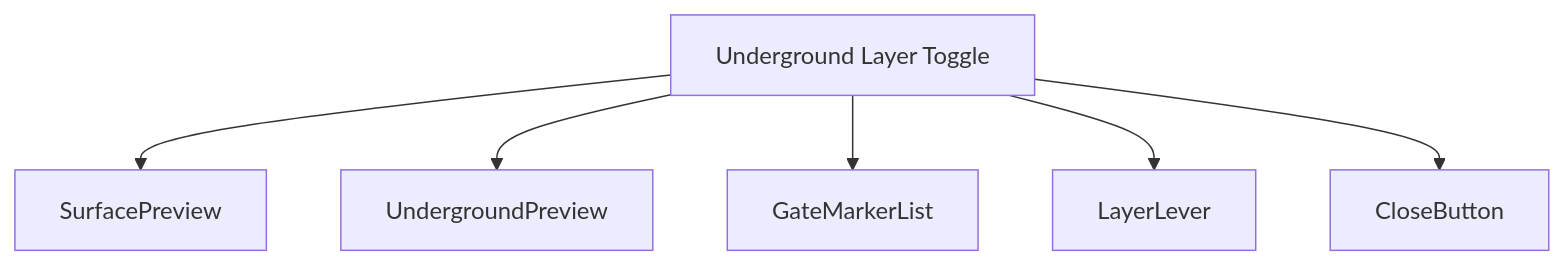
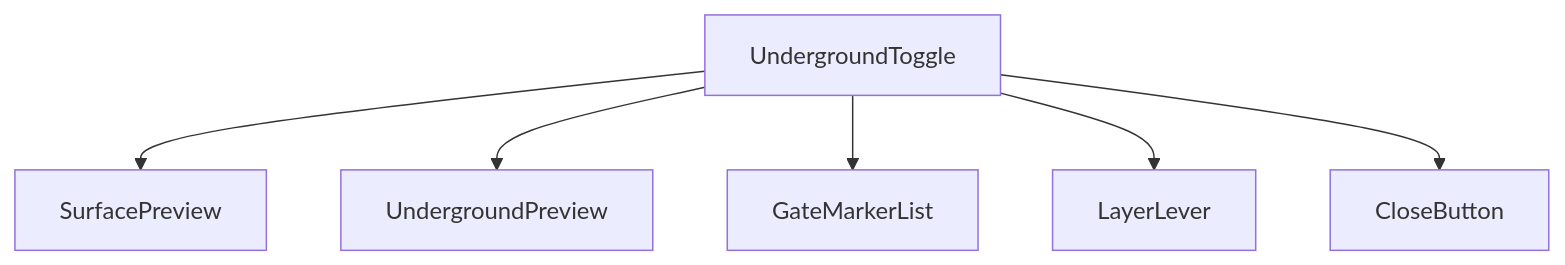
One commit to SunaNoOshiro/Heroes_Reforged_AI_Realms changed the first of 5 diagrams in docs/architecture/wiki/screens/15-underground-toggle/architecture.md. Above: the diagram before and after it, drawn with Mermaid. The commit also changed other lines of this file and 518 other files, not shown here.

First line of the commit message:
Add doc-audit skill and sweep architecture/screen docs

````diff
--- a/docs/architecture/wiki/screens/15-underground-toggle/architecture.md
+++ b/docs/architecture/wiki/screens/15-underground-toggle/architecture.md
@@ -16,14 +31,9 @@
 ```mermaid
 flowchart TD
-  Root["Underground Layer Toggle"]
-  C0["SurfacePreview"]
-  Root --> C0
-  C1["UndergroundPreview"]
-  Root --> C1
-  C2["GateMarkerList"]
-  Root --> C2
-  C3["LayerLever"]
-  Root --> C3
-  C4["CloseButton"]
-  Root --> C4
+  Root["UndergroundToggle"]
+  Root --> C0["SurfacePreview"]
+  Root --> C1["UndergroundPreview"]
+  Root --> C2["GateMarkerList"]
+  Root --> C3["LayerLever"]
+  Root --> C4["CloseButton"]
 ```
````
